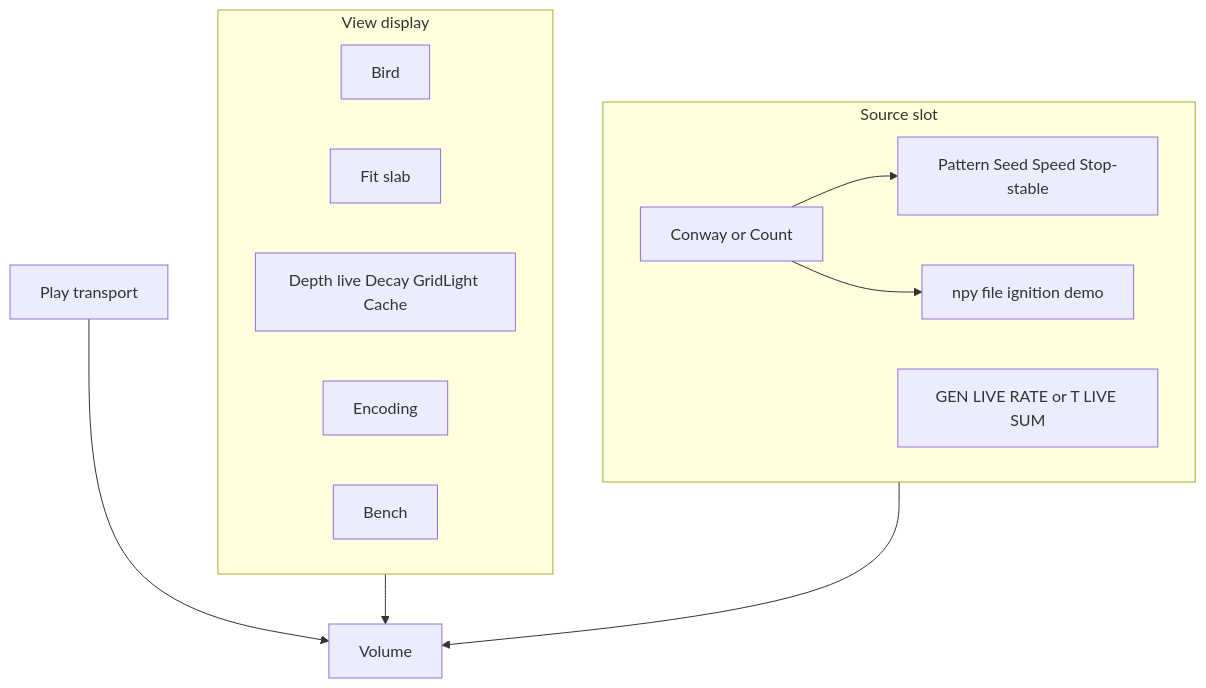
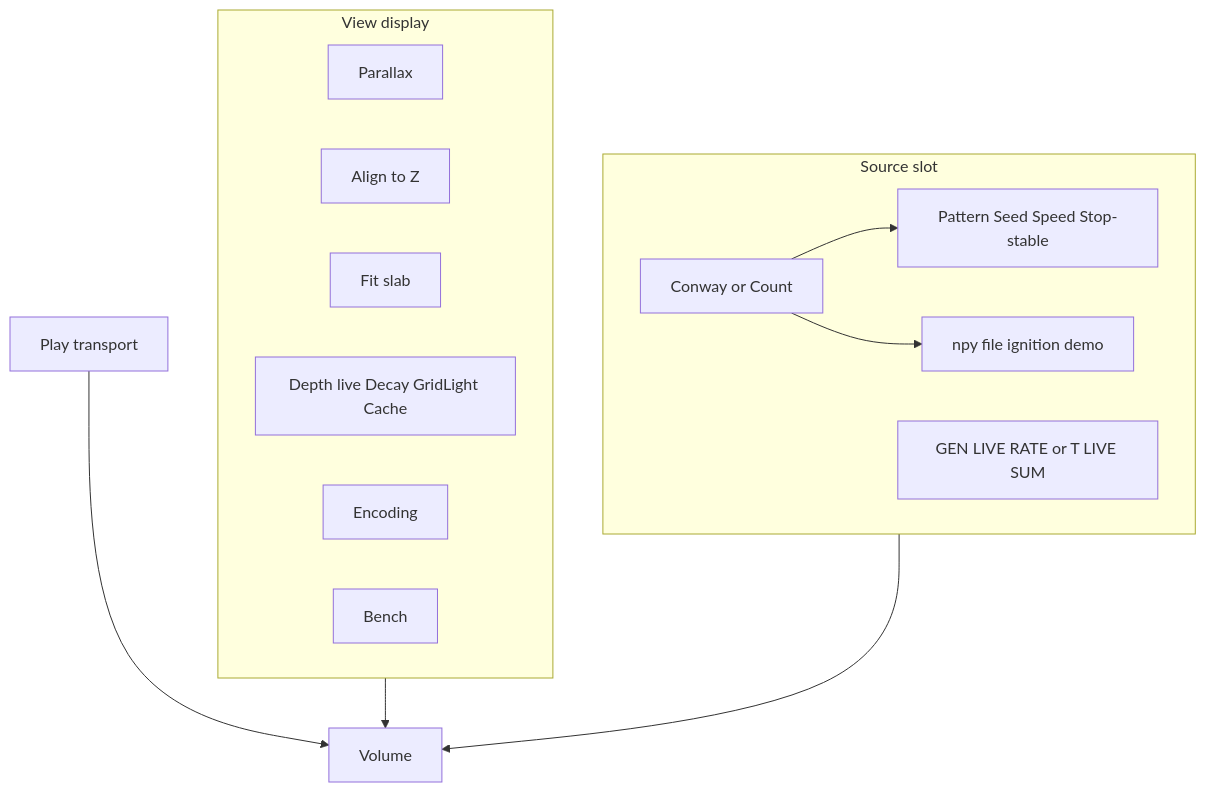
Before and after one commit to PiMaV/DONNER: the third of 5 diagrams in docs/gui.md, drawn with Mermaid. The commit also changed other lines of this file and 19 other files, not shown here.

First line of the commit message:
Add a CAD viewcube and remap Bird to parallax so side views stay oriented, and let the slice stack and cube cap follow the data.

````diff
--- a/docs/gui.md
+++ b/docs/gui.md
@@ -55,22 +55,23 @@
 ```mermaid
 flowchart TB
   subgraph view [View display]
-    bird[Bird]
+    bird[Parallax]
+    align[Align to Z]
     fit[Fit slab]
     win[Depth live Decay GridLight Cache]
     enc[Encoding]
     bench[Bench]
   end
   subgraph source [Source slot]
     kind[Conway or Count]
     gen[GEN LIVE RATE or T LIVE SUM]
     conway[Pattern Seed Speed Stop-stable]
     npy[npy file ignition demo]
   end
   play[Play transport]
   view --> volume[Volume]
   play --> volume
   source --> volume
   kind --> conway
   kind --> npy
 ```
````
